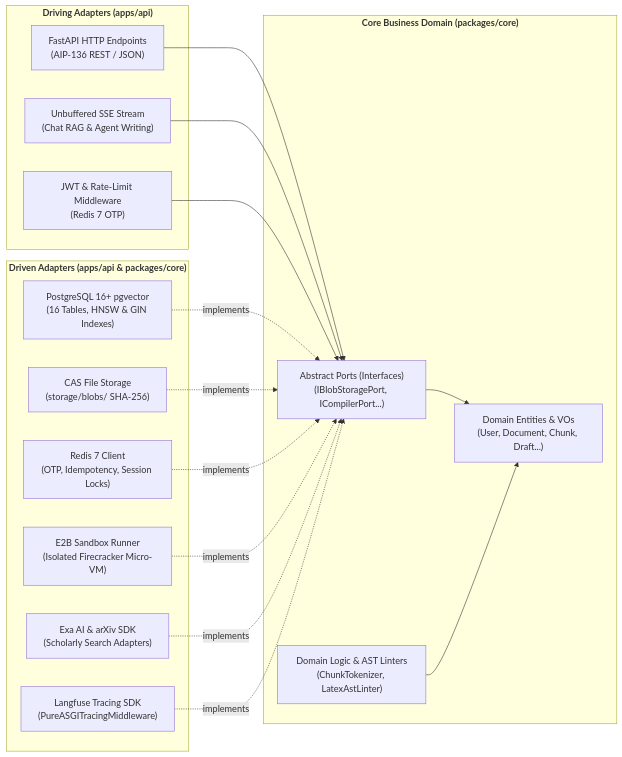
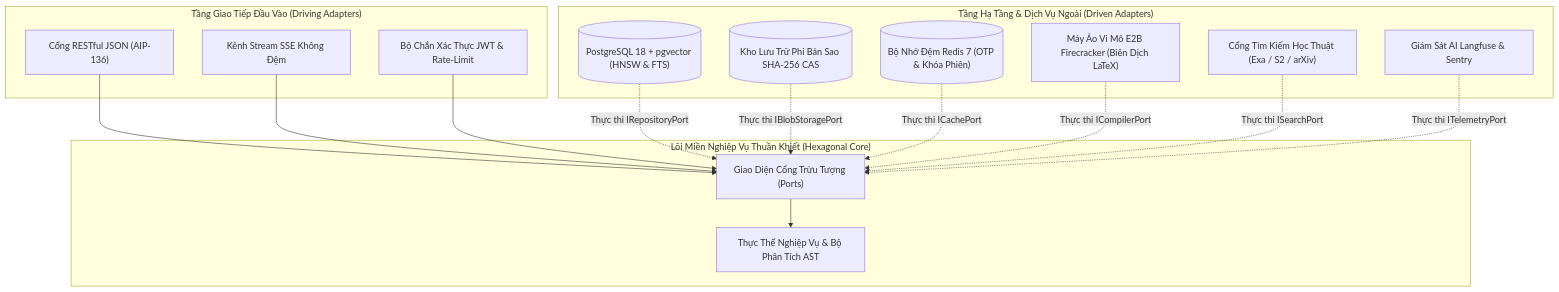
The first of 2 diagrams in docs/specs/00-foundation-architecture-and-db.md (dammanhdungvn/VeriScholar), drawn with Mermaid before and after one commit. The commit also changed 21 other files, not shown here.

Commit message:
docs(diagrams): upgrade PRD and Spec Mermaid diagrams to paper-grade conceptual and UML standard

````diff
--- a/docs/specs/00-foundation-architecture-and-db.md
+++ b/docs/specs/00-foundation-architecture-and-db.md
@@ -26,36 +26,34 @@
 ```mermaid
-flowchart LR
-    subgraph DrivingAdapters ["<b>Driving Adapters (apps/api)</b>"]
-        FastAPI["FastAPI HTTP Endpoints<br/>(AIP-136 REST / JSON)"]
-        SSEStream["Unbuffered SSE Stream<br/>(Chat RAG & Agent Writing)"]
-        AuthMiddleware["JWT & Rate-Limit Middleware<br/>(Redis 7 OTP)"]
+flowchart TD
+    subgraph DrivingLayer ["Tầng Giao Tiếp Đầu Vào (Driving Adapters)"]
+        REST["Cổng RESTful JSON (AIP-136)"]
+        SSE["Kênh Stream SSE Không Đệm"]
+        Guard["Bộ Chắn Xác Thực JWT & Rate-Limit"]
     end
 
-    subgraph CoreDomain ["<b>Core Business Domain (packages/core)</b>"]
-        Entities["Domain Entities & VOs<br/>(User, Document, Chunk, Draft...)"]
-        Ports["Abstract Ports (Interfaces)<br/>(IBlobStoragePort, ICompilerPort...)"]
-        BusinessServices["Domain Logic & AST Linters<br/>(ChunkTokenizer, LatexAstLinter)"]
+    subgraph CoreDomain ["Lõi Miền Nghiệp Vụ Thuần Khiết (Hexagonal Core)"]
+        Ports["Giao Diện Cổng Trừu Tượng (Ports)"]
+        DomainLogic["Thực Thể Nghiệp Vụ & Bộ Phân Tích AST"]
     end
 
-    subgraph DrivenAdapters ["<b>Driven Adapters (apps/api & packages/core)</b>"]
-        PG["PostgreSQL 16+ pgvector<br/>(16 Tables, HNSW & GIN Indexes)"]
-        CASDisk["CAS File Storage<br/>(storage/blobs/ SHA-256)"]
-        RedisClient["Redis 7 Client<br/>(OTP, Idempotency, Session Locks)"]
-        E2BClient["E2B Sandbox Runner<br/>(Isolated Firecracker Micro-VM)"]
-        ExaClient["Exa AI & arXiv SDK<br/>(Scholarly Search Adapters)"]
-        LangfuseClient["Langfuse Tracing SDK<br/>(PureASGITracingMiddleware)"]
+    subgraph DrivenLayer ["Tầng Hạ Tầng & Dịch Vụ Ngoài (Driven Adapters)"]
+        PG[("PostgreSQL 18 + pgvector (HNSW & FTS)")]
+        CAS[("Kho Lưu Trữ Phi Bản Sao SHA-256 CAS")]
+        Redis[("Bộ Nhớ Đệm Redis 7 (OTP & Khóa Phiên)")]
+        E2B["Máy Ảo Vi Mô E2B Firecracker (Biên Dịch LaTeX)"]
+        ScholarSearch["Cổng Tìm Kiếm Học Thuật (Exa / S2 / arXiv)"]
+        Telemetry["Giám Sát AI Langfuse & Sentry"]
     end
 
-    FastAPI --> Ports
-    SSEStream --> Ports
-    AuthMiddleware --> Ports
-    Ports --> Entities
-    BusinessServices --> Entities
+    REST --> Ports
+    SSE --> Ports
+    Guard --> Ports
+    Ports --> DomainLogic
 
-    PG -.implements.-> Ports
-    CASDisk -.implements.-> Ports
-    RedisClient -.implements.-> Ports
-    E2BClient -.implements.-> Ports
-    ExaClient -.implements.-> Ports
-    LangfuseClient -.implements.-> Ports
+    PG -.->|"Thực thi IRepositoryPort"| Ports
+    CAS -.->|"Thực thi IBlobStoragePort"| Ports
+    Redis -.->|"Thực thi ICachePort"| Ports
+    E2B -.->|"Thực thi ICompilerPort"| Ports
+    ScholarSearch -.->|"Thực thi ISearchPort"| Ports
+    Telemetry -.->|"Thực thi ITelemetryPort"| Ports
 ```
````
